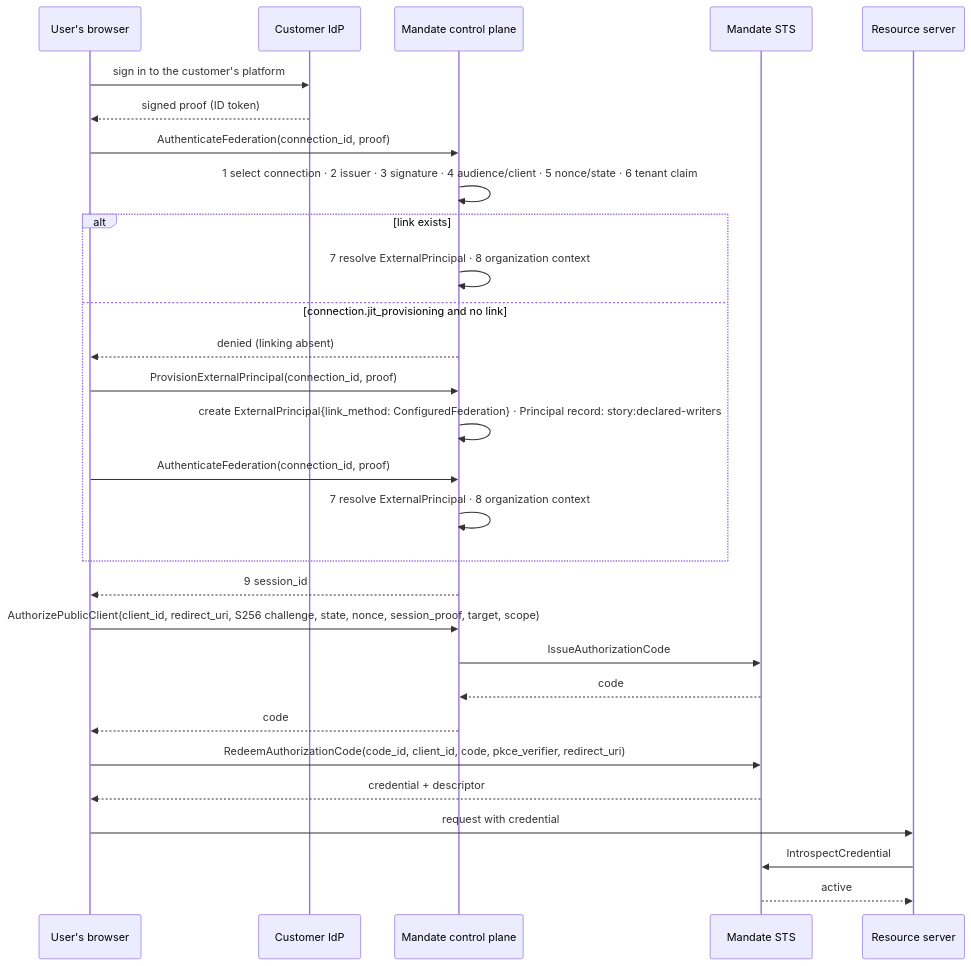
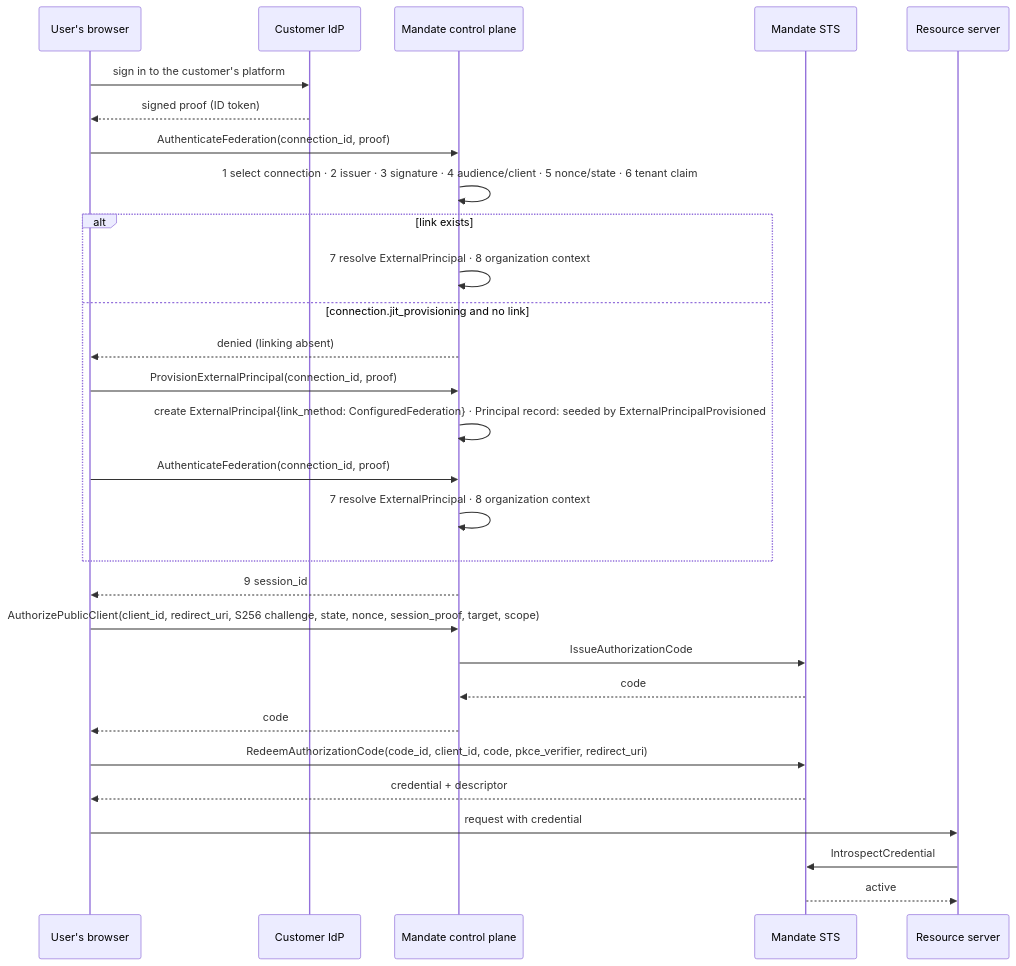
Before and after one commit to beyond10x/mandate: the first of 2 diagrams in docs/architecture/federated-login.md, drawn with Mermaid. The commit also changed other lines of this file and 7 other files, not shown here.

First line of the commit message:
Align the login design to the realized writers and record the wave B reviews

````diff
--- a/docs/architecture/federated-login.md
+++ b/docs/architecture/federated-login.md
@@ -13,31 +13,31 @@
 ```mermaid
 sequenceDiagram
   participant U as User's browser
   participant IdP as Customer IdP
   participant CP as Mandate control plane
   participant STS as Mandate STS
   participant RS as Resource server
   U->>IdP: sign in to the customer's platform
   IdP-->>U: signed proof (ID token)
   U->>CP: AuthenticateFederation(connection_id, proof)
   CP->>CP: 1 select connection · 2 issuer · 3 signature · 4 audience/client · 5 nonce/state · 6 tenant claim
   alt link exists
     CP->>CP: 7 resolve ExternalPrincipal · 8 organization context
   else connection.jit_provisioning and no link
     CP-->>U: denied (linking absent)
     U->>CP: ProvisionExternalPrincipal(connection_id, proof)
-    CP->>CP: create ExternalPrincipal{link_method: ConfiguredFederation} · Principal record: story:declared-writers
+    CP->>CP: create ExternalPrincipal{link_method: ConfiguredFederation} · Principal record: seeded by ExternalPrincipalProvisioned
     U->>CP: AuthenticateFederation(connection_id, proof)
     CP->>CP: 7 resolve ExternalPrincipal · 8 organization context
   end
   CP-->>U: 9 session_id
   U->>CP: AuthorizePublicClient(client_id, redirect_uri, S256 challenge, state, nonce, session_proof, target, scope)
   CP->>STS: IssueAuthorizationCode
   STS-->>CP: code
   CP-->>U: code
   U->>STS: RedeemAuthorizationCode(code_id, client_id, code, pkce_verifier, redirect_uri)
   STS-->>U: credential + descriptor
   U->>RS: request with credential
   RS->>STS: IntrospectCredential
   STS-->>RS: active
 ```
````
